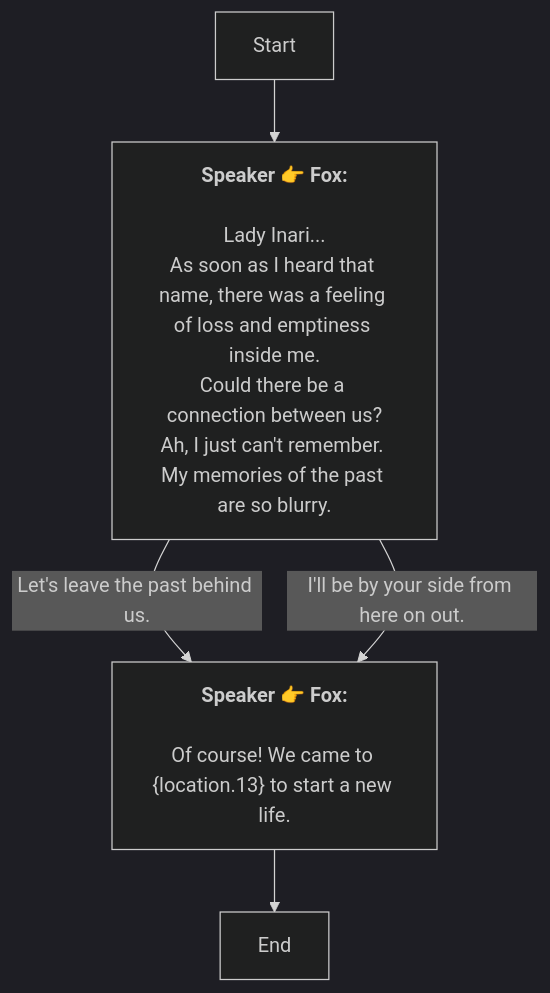
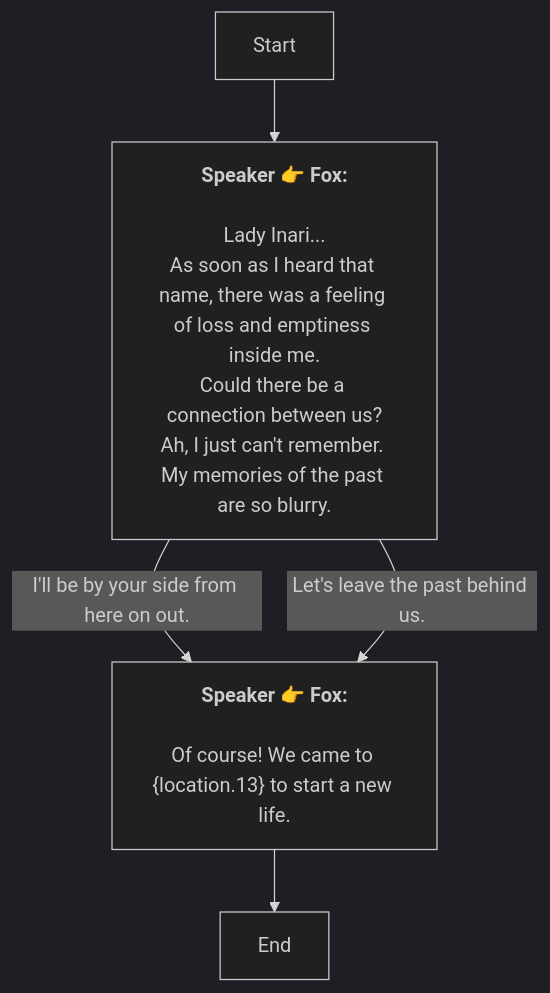
The diagram in En/AddDialogNode_1739681713559789.md (SoftHu/tos_avg), drawn with Mermaid (dark theme) before and after one commit. The commit also changed other lines of this file and 780 other files, not shown here.

````diff
--- a/En/AddDialogNode_1739681713559789.md
+++ b/En/AddDialogNode_1739681713559789.md
@@ -1,13 +1,13 @@
 ```mermaid
 graph
 Start -->1739682690791664[<b>Speaker 👉 Fox:</b>
 \nLady Inari...
 As soon as I heard that name, there was a feeling of loss and emptiness inside me.
 Could there be a connection between us?\nAh, I just can't remember. My memories of the past are so blurry.]
+1739682690791664 -->|I'll be by your side from here on out.|1739683298809078[<b>Speaker 👉 Fox:</b>
+\nOf course! We came to &lbrace;location.13&rbrace; to start a new life.]
 1739682690791664 -->|Let's leave the past behind us.|1739683298809078[<b>Speaker 👉 Fox:</b>
-\nOf course! We came to &lbrace;location.13&rbrace; to start a new life.]
-1739682690791664 -->|I'll be by your side from here on out.|1739683298809078[<b>Speaker 👉 Fox:</b>
 \nOf course! We came to &lbrace;location.13&rbrace; to start a new life.]
 1739683298809078 -->1739683721411831[End]
 
 ```
````
